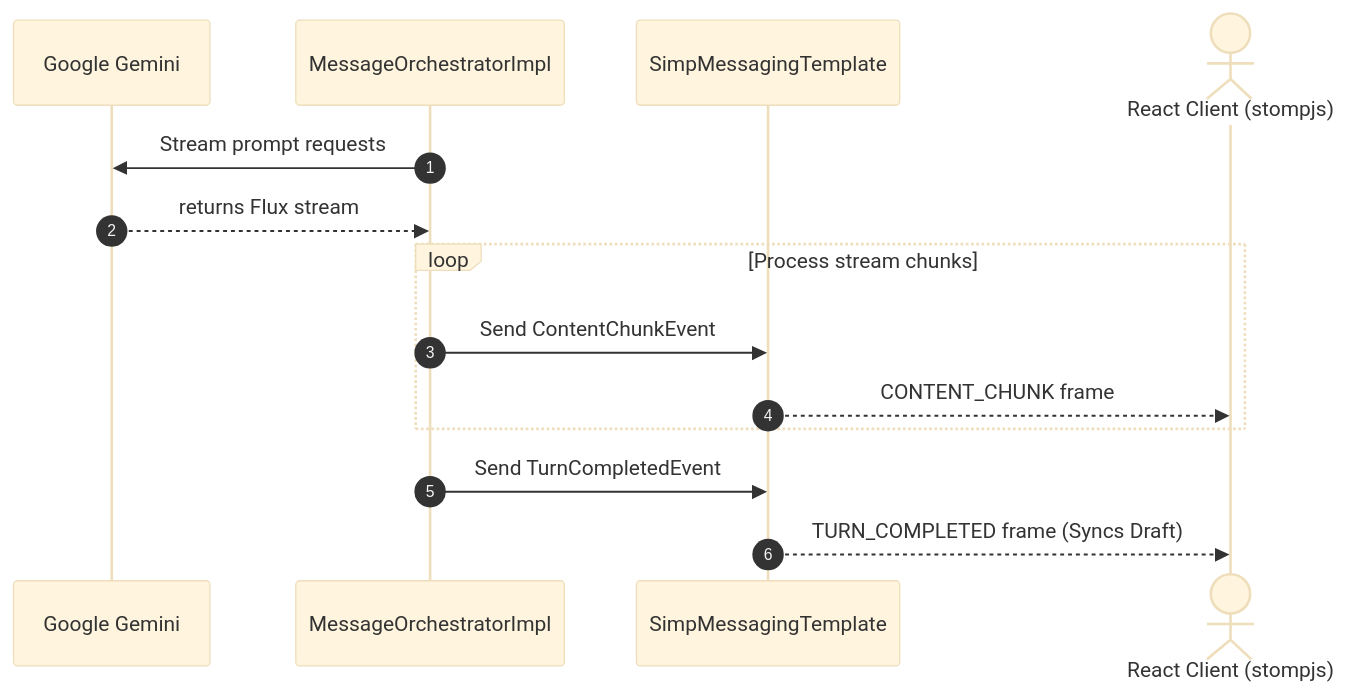
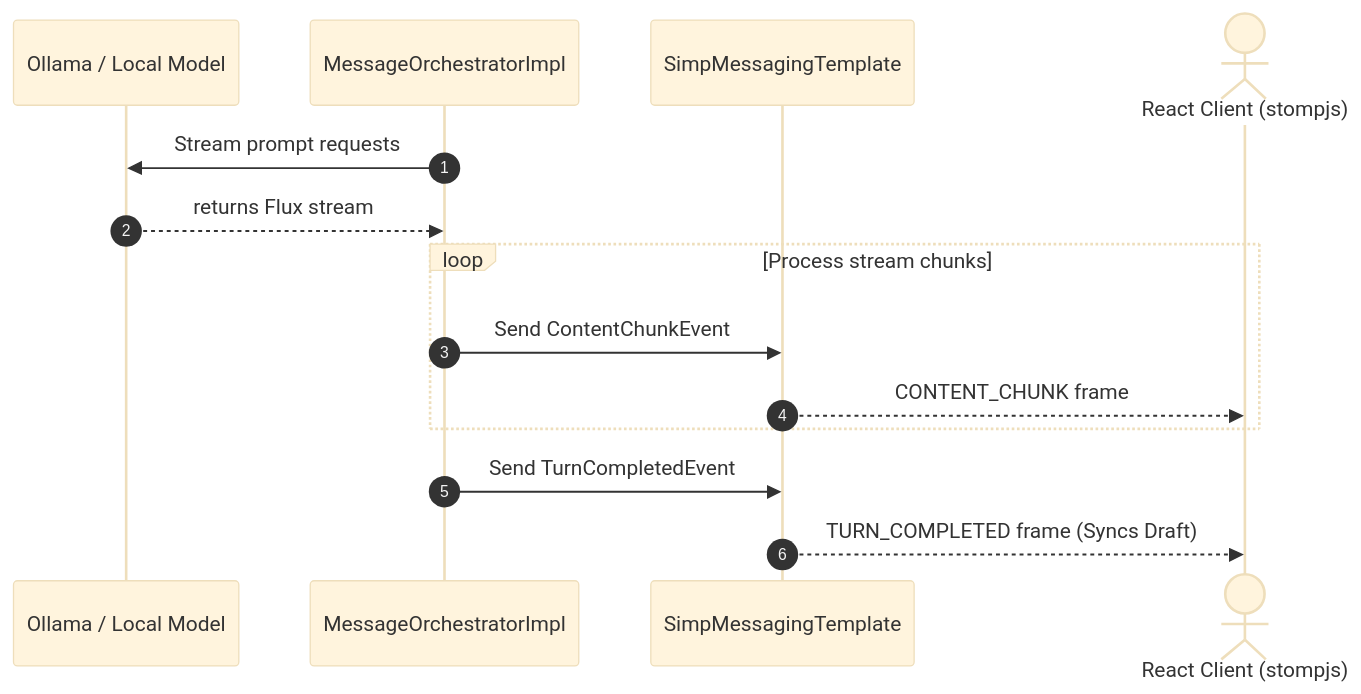
The second of 2 diagrams in Docs/Learning/06_WebSocket_Realtime_Streaming_With_STOMP.md (vaibhv19/Conclave), drawn with Mermaid (base theme) before and after one commit. The commit also changed 23 other files, not shown here.

Commit message:
docs: complete repository audit, roadmap updates, and README documentation updates

````diff
--- a/Docs/Learning/06_WebSocket_Realtime_Streaming_With_STOMP.md
+++ b/Docs/Learning/06_WebSocket_Realtime_Streaming_With_STOMP.md
@@ -91,19 +91,19 @@
 ```mermaid
 sequenceDiagram
     autonumber
-    participant LLM as Google Gemini
+    participant LLM as Ollama / Local Model
     participant Orch as MessageOrchestratorImpl
     participant Broker as SimpMessagingTemplate
     actor Client as React Client (stompjs)
 
     Orch->>LLM: Stream prompt requests
     LLM-->>Orch: returns Flux stream
     
     loop Process stream chunks
         Orch->>Broker: Send ContentChunkEvent
         Broker-->>Client: CONTENT_CHUNK frame
     end
     
     Orch->>Broker: Send TurnCompletedEvent
     Broker-->>Client: TURN_COMPLETED frame (Syncs Draft)
 ```
````
